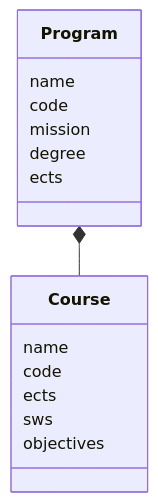
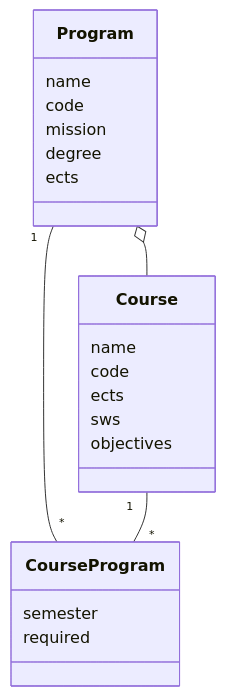
One commit to modulehandbook/modulehandbook changed the second of 2 diagrams in doc/mermaid/model.md. Above: the diagram before and after it, drawn with Mermaid. The commit also changed other lines of this file, not shown here.

Commit message:
update mermaid

````diff
--- a/doc/mermaid/model.md
+++ b/doc/mermaid/model.md
@@ -21,19 +27,30 @@
 ```mermaid
 classDiagram 
+    
+      class Program{
+      name
+      code
+      mission
+      degree
+      ects
+    }
     
     class Course{
       name
       code
       ects
       sws
       objectives
     }
-    class Program{
-      name
-      code
-      mission
-      degree
-      ects
+  
+    Program ~~ Course
+     class CourseProgram{
+        semester
+        required
     }
-    Program *-- Course
+    
+    Program "1"--"*" CourseProgram
+    Course "1"--"*" CourseProgram
+   
+   Program o-- Course
 ```
````
